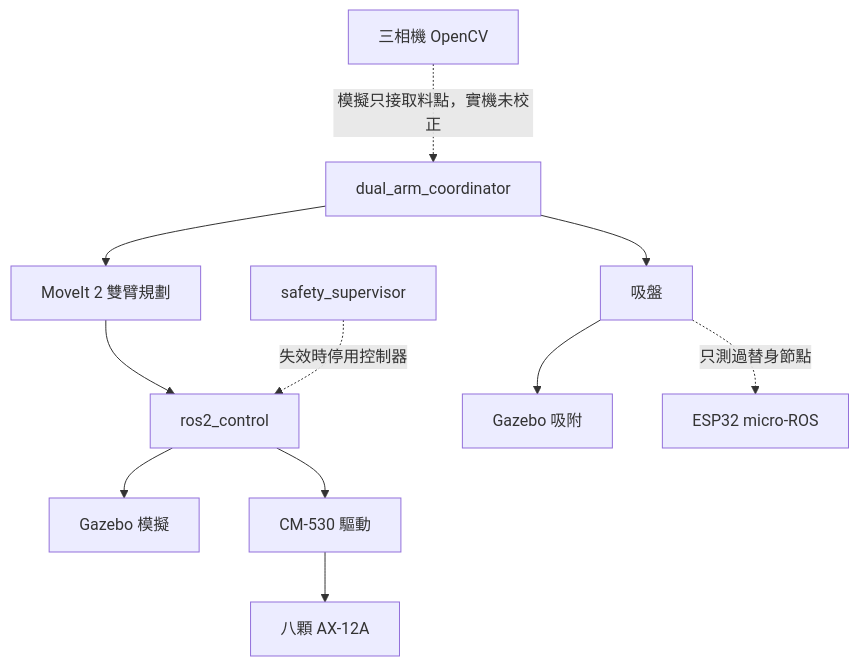
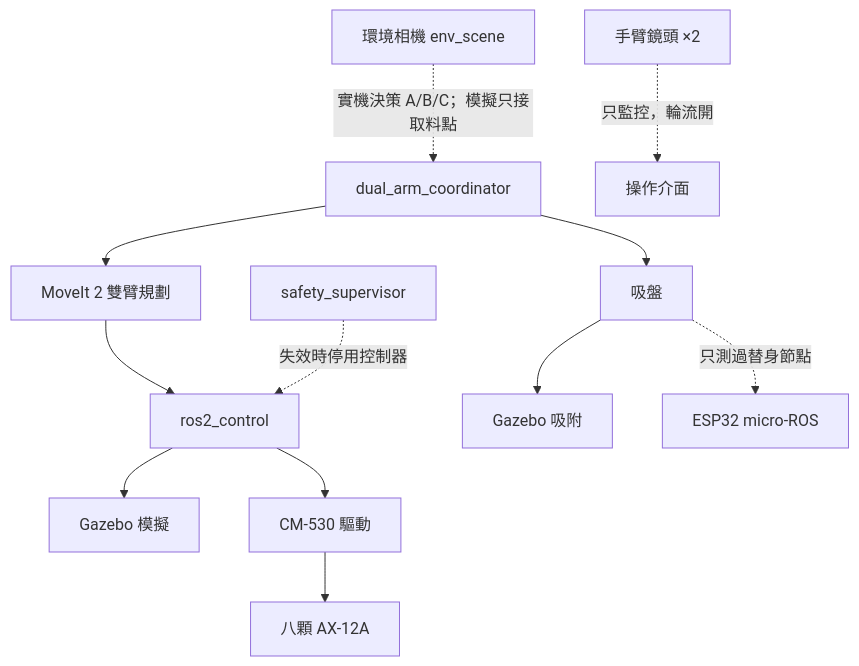
Before and after one commit to Azeem1010/Dual-Arm-TEST-2.0: the second of 2 diagrams in README.md, drawn with Mermaid. The commit also changed 115 other files, not shown here.

````diff
--- a/README.md
+++ b/README.md
@@ -89,13 +89,14 @@
 ```mermaid
 flowchart TD
-    CAM[三相機 OpenCV] -.模擬只接取料點，實機未校正.-> TASK[dual_arm_coordinator]
+    CAM[環境相機 env_scene] -.實機決策 A/B/C；模擬只接取料點.-> TASK[dual_arm_coordinator]
+    ARMCAM[手臂鏡頭 ×2] -.只監控，輪流開.-> HMI[操作介面]
     TASK --> MOVEIT[MoveIt 2 雙臂規劃]
     MOVEIT --> RC[ros2_control]
     TASK --> GRIP[吸盤]
     SAFE[safety_supervisor] -.失效時停用控制器.-> RC
     RC --> SIM[Gazebo 模擬]
     RC --> HW[CM-530 驅動]
     HW --> MOTOR[八顆 AX-12A]
     GRIP --> SIMG[Gazebo 吸附]
     GRIP -.只測過替身節點.-> ESP[ESP32 micro-ROS]
 ```
````
